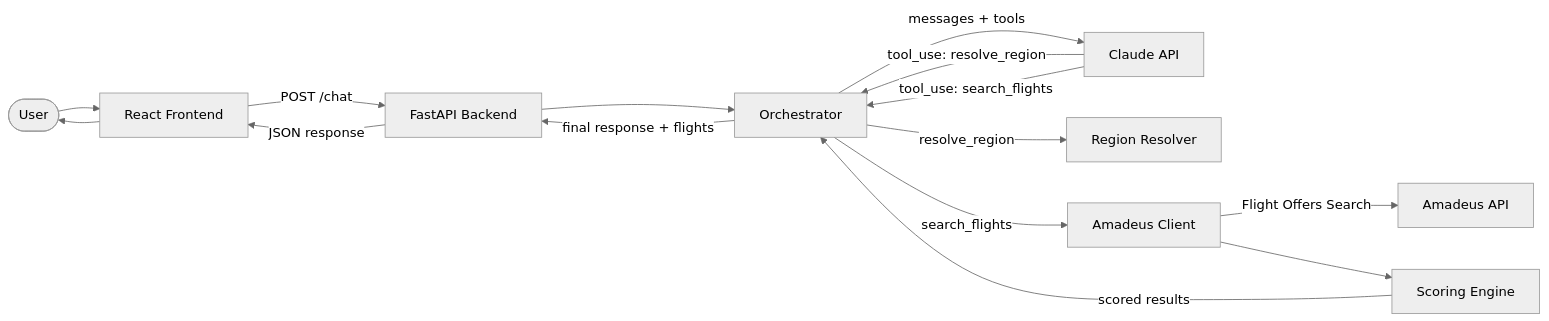
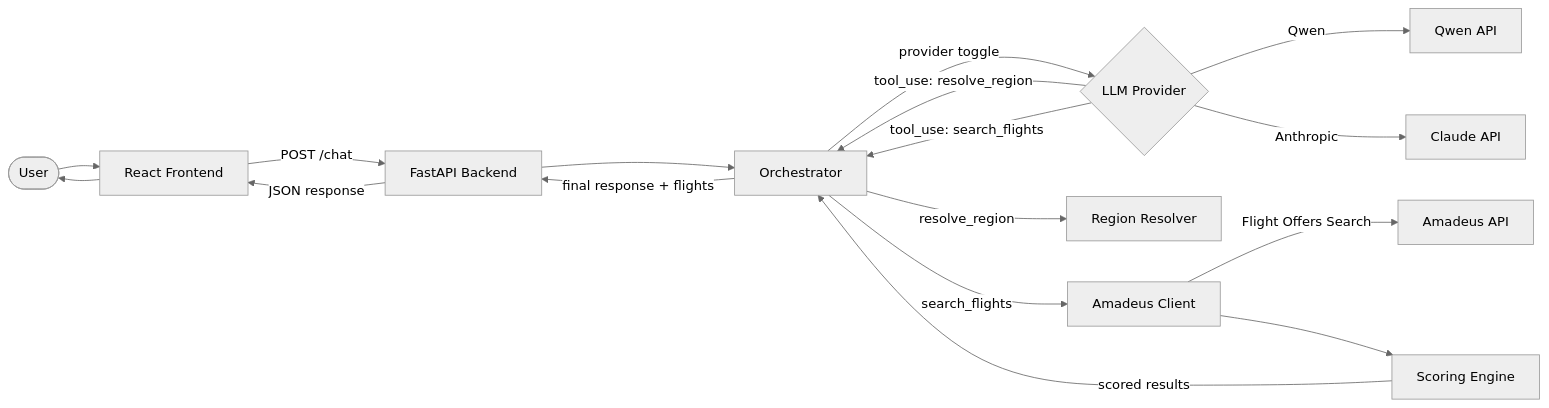
The diagram in docs/ARCHITECTURE.md (boaz-ng/traveling-salesmen), drawn with Mermaid (neutral theme) before and after one commit. The commit also changed other lines of this file and 11 other files, not shown here.

Commit message:
Add pluggable LLM providers: Qwen (default) and Anthropic Claude toggle

````diff
--- a/docs/ARCHITECTURE.md
+++ b/docs/ARCHITECTURE.md
@@ -9,17 +9,19 @@
 ```mermaid
 flowchart LR
     User([User]) --> Frontend[React Frontend]
     Frontend -->|POST /chat| FastAPI[FastAPI Backend]
     FastAPI --> Orchestrator[Orchestrator]
-    Orchestrator -->|messages + tools| Claude[Claude API]
-    Claude -->|tool_use: resolve_region| Orchestrator
-    Claude -->|tool_use: search_flights| Orchestrator
+    Orchestrator -->|provider toggle| Provider{LLM Provider}
+    Provider -->|Qwen| Qwen[Qwen API]
+    Provider -->|Anthropic| Claude[Claude API]
+    Provider -->|tool_use: resolve_region| Orchestrator
+    Provider -->|tool_use: search_flights| Orchestrator
     Orchestrator -->|resolve_region| Regions[Region Resolver]
     Orchestrator -->|search_flights| AmadeusClient[Amadeus Client]
     AmadeusClient -->|Flight Offers Search| Amadeus[Amadeus API]
     AmadeusClient --> Scoring[Scoring Engine]
     Scoring -->|scored results| Orchestrator
     Orchestrator -->|final response + flights| FastAPI
     FastAPI -->|JSON response| Frontend
     Frontend --> User
 ```
````
